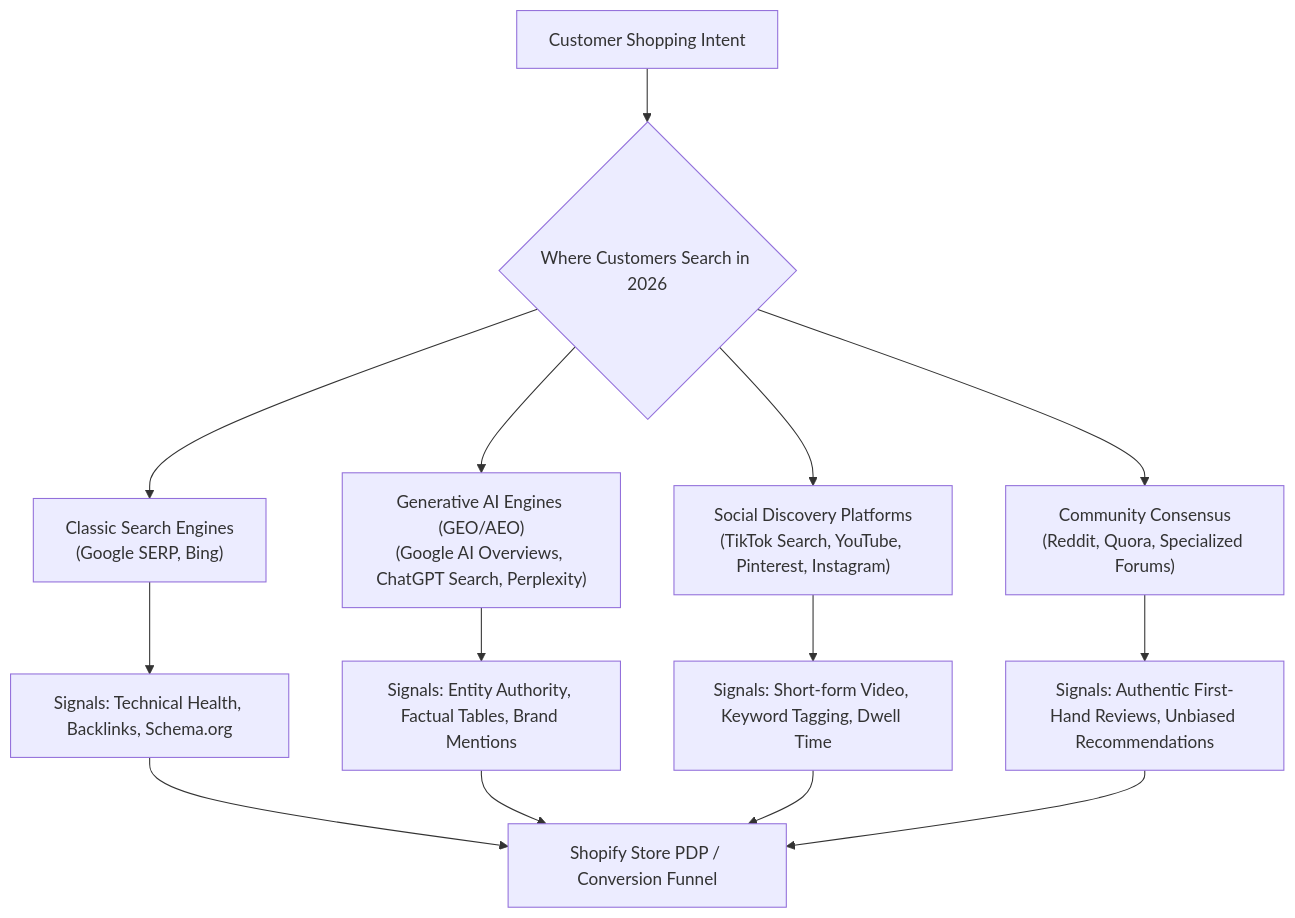
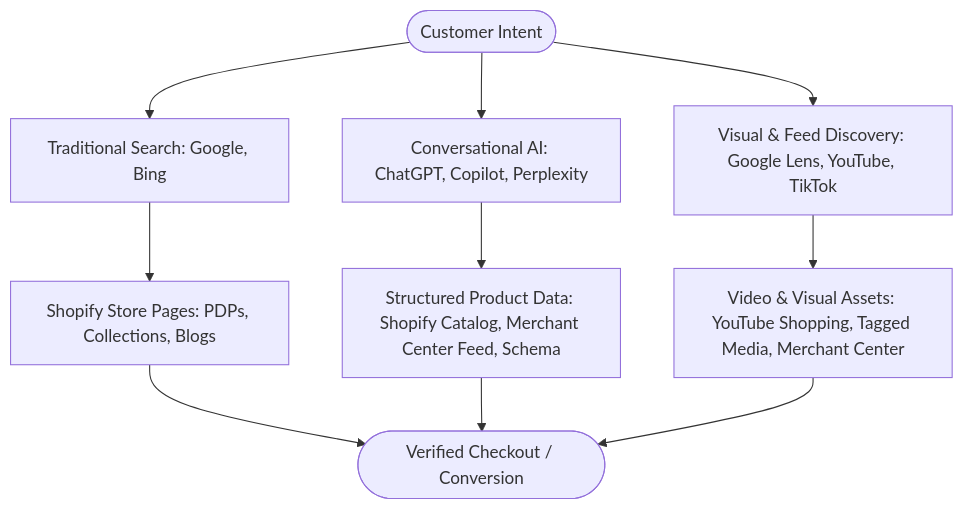
The first of 5 diagrams in marketing/SEO-CONTENT-MARKETING-GUIDE.md (coder7475/shopify-rnd), drawn with Mermaid before and after one commit. The commit also changed other lines of this file and 12 other files, not shown here.

````diff
--- a/marketing/SEO-CONTENT-MARKETING-GUIDE.md
+++ b/marketing/SEO-CONTENT-MARKETING-GUIDE.md
@@ -100,23 +94,14 @@
 ```mermaid
-flowchart TD
-    CustomerIntent["Customer Shopping Intent"] --> SearchSurfaces{"Where Customers Search in 2026"}
+graph TD
+    User([Customer Intent]) --> A[Traditional Search: Google, Bing]
+    User --> B[Conversational AI: ChatGPT, Copilot, Perplexity]
+    User --> C[Visual & Feed Discovery: Google Lens, YouTube, TikTok]
     
-    SearchSurfaces --> Traditional["Classic Search Engines
-(Google SERP, Bing)"]
-    SearchSurfaces --> AIEngines["Generative AI Engines (GEO/AEO)
-(Google AI Overviews, ChatGPT Search, Perplexity)"]
-    SearchSurfaces --> SocialSearch["Social Discovery Platforms
-(TikTok Search, YouTube, Pinterest, Instagram)"]
-    SearchSurfaces --> Community["Community Consensus
-(Reddit, Quora, Specialized Forums)"]
-
-    Traditional --> CoreSignals["Signals: Technical Health, Backlinks, Schema.org"]
-    AIEngines --> AISignals["Signals: Entity Authority, Factual Tables, Brand Mentions"]
-    SocialSearch --> VideoSignals["Signals: Short-form Video, Keyword Tagging, Dwell Time"]
-    Community --> TrustSignals["Signals: Authentic First-Hand Reviews, Unbiased Recommendations"]
-
-    CoreSignals --> Conversion["Shopify Store PDP / Conversion Funnel"]
-    AISignals --> Conversion
-    VideoSignals --> Conversion
-    TrustSignals --> Conversion
+    A --> D[Shopify Store Pages: PDPs, Collections, Blogs]
+    B --> E[Structured Product Data: Shopify Catalog, Merchant Center Feed, Schema]
+    C --> F[Video & Visual Assets: YouTube Shopping, Tagged Media, Merchant Center]
+    
+    D --> Buy([Verified Checkout / Conversion])
+    E --> Buy
+    F --> Buy
 ```
````
